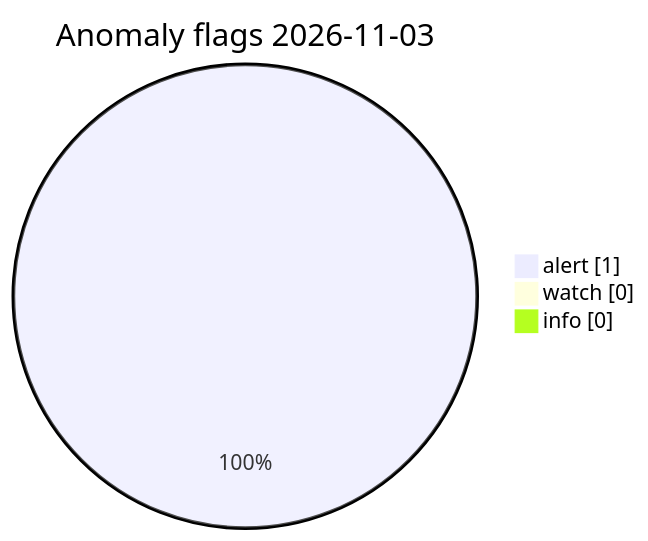
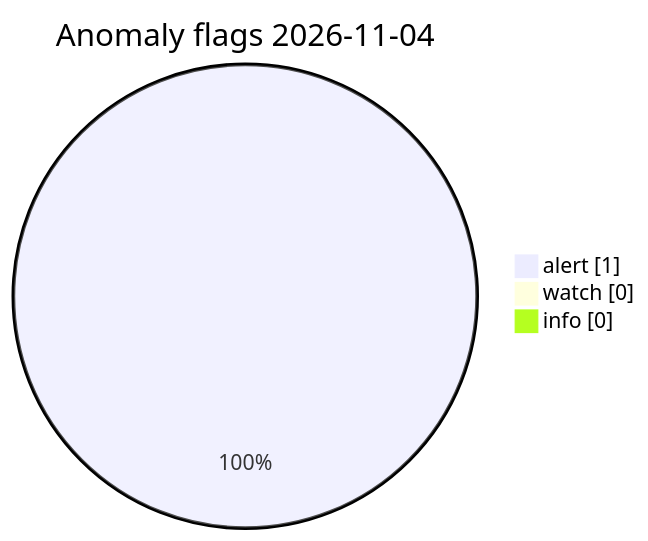
Before and after one commit to Midwest-Stratospheric/Unified-Open-Global-Weather: the diagram in visuals/latest/CHARTS.md, drawn with Mermaid. The commit also changed other lines of this file and 23 other files, not shown here.

Commit message:
data(visuals): automated charts 2026-11-04T12:42Z

````diff
--- a/visuals/latest/CHARTS.md
+++ b/visuals/latest/CHARTS.md
@@ -73,7 +73,7 @@
 ```mermaid
 pie showData
-  title Anomaly flags 2026-11-03
+  title Anomaly flags 2026-11-04
   "alert" : 1
   "watch" : 0
   "info" : 0
 ```
````
